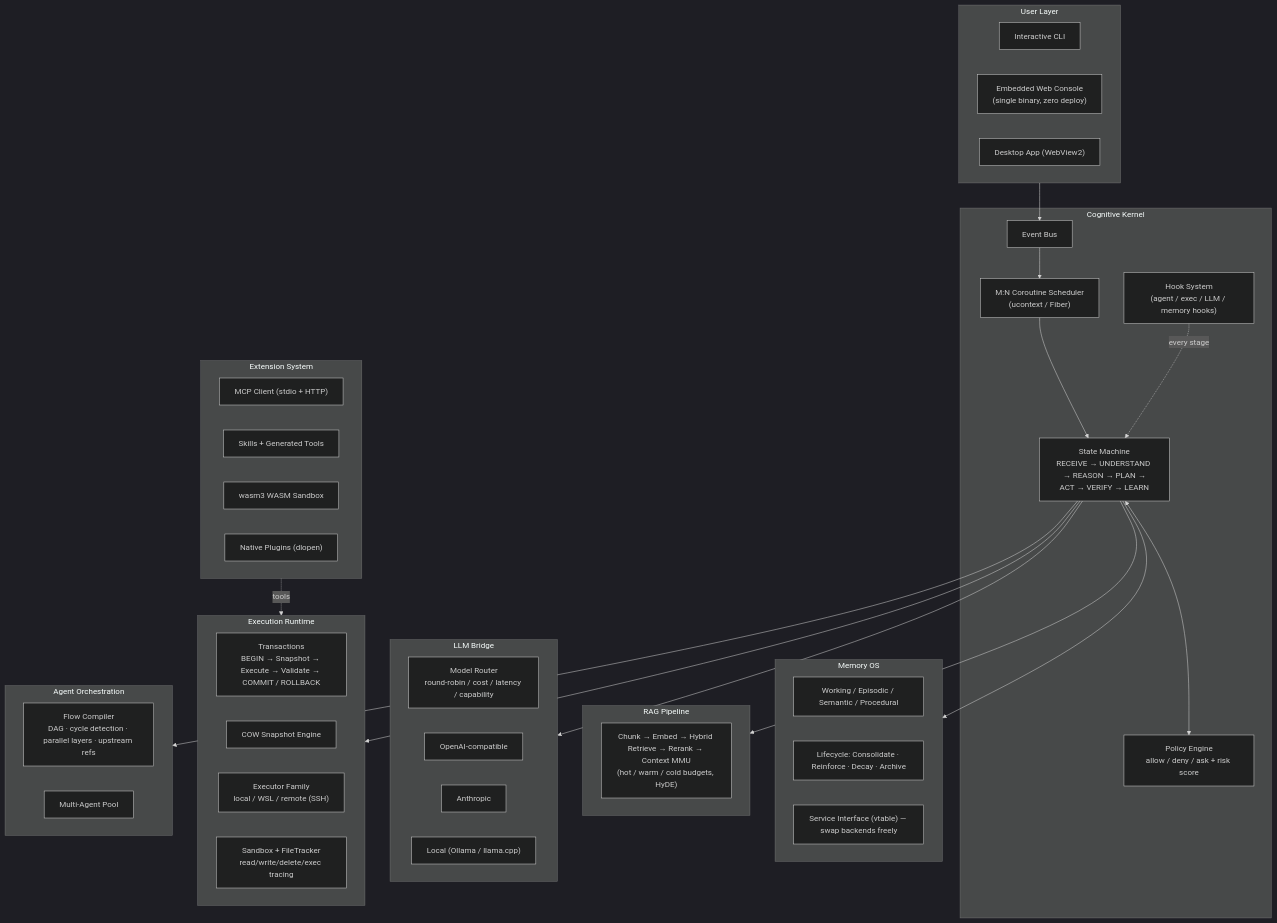
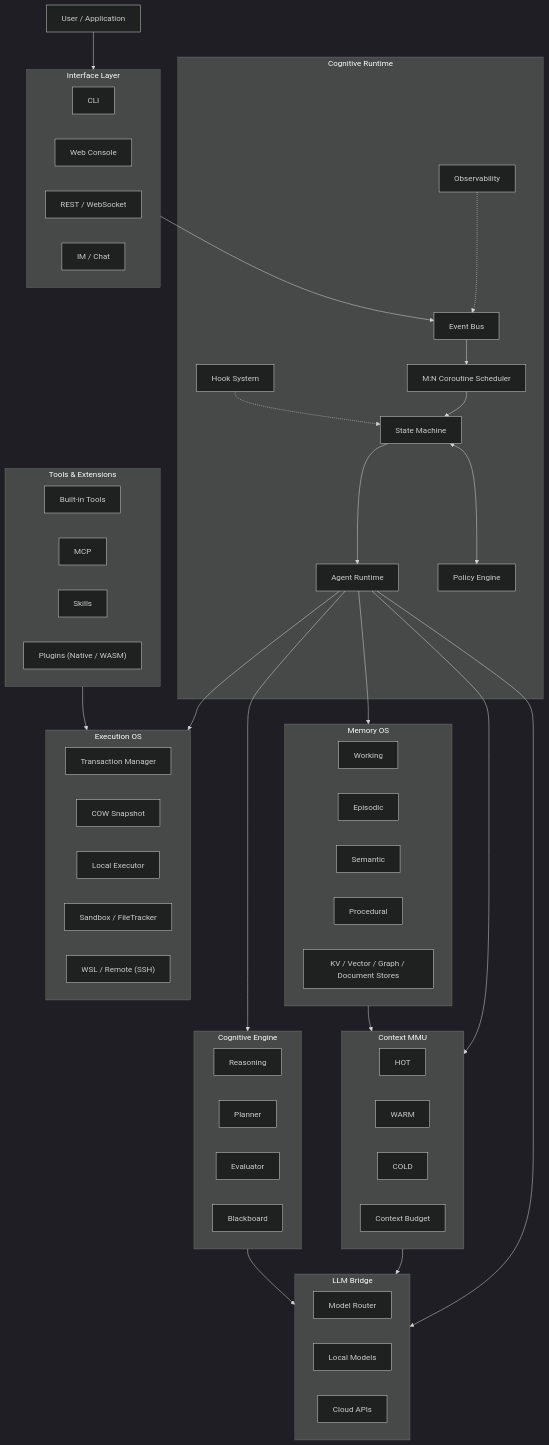
Before and after one commit to LeonQin-ai/cognitive-os-agent: the diagram in README.md, drawn with Mermaid (dark theme). The commit also changed other lines of this file and 4 other files, not shown here.

````diff
--- a/README.md
+++ b/README.md
@@ -57,62 +70,73 @@
 ```mermaid
 flowchart TB
-    subgraph UI["User Layer"]
-        CLI["Interactive CLI"]
-        WEB["Embedded Web Console<br/>(single binary, zero deploy)"]
-        DESK["Desktop App (WebView2)"]
+    USER["User / Application"]
+
+    subgraph UI["Interface Layer"]
+        CLI["CLI"]
+        WEB["Web Console"]
+        API["REST / WebSocket"]
+        IM["IM / Chat"]
     end
 
-    subgraph KERNEL["Cognitive Kernel"]
-        BUS["Event Bus"]
-        SCHED["M:N Coroutine Scheduler<br/>(ucontext / Fiber)"]
-        SM["State Machine<br/>RECEIVE → UNDERSTAND → REASON → PLAN →<br/>ACT → VERIFY → LEARN"]
-        POL["Policy Engine<br/>allow / deny / ask + risk score"]
-        HOOK["Hook System<br/>(agent / exec / LLM / memory hooks)"]
+    subgraph CORE["Cognitive Runtime"]
+        EVENT["Event Bus"]
+        SCHED["M:N Coroutine Scheduler"]
+        STATE["State Machine"]
+        AGENT["Agent Runtime"]
+        POLICY["Policy Engine"]
+        HOOK["Hook System"]
+        OBS["Observability"]
     end
 
-    subgraph MEM["Memory OS"]
-        M1["Working / Episodic / Semantic / Procedural"]
-        M2["Lifecycle: Consolidate · Reinforce · Decay · Archive"]
-        M3["Service Interface (vtable) — swap backends freely"]
+    subgraph COG["Cognitive Engine"]
+        REASON["Reasoning"]
+        PLAN["Planner"]
+        EVAL["Evaluator"]
+        BOARD["Blackboard"]
     end
 
-    subgraph RAG["RAG Pipeline"]
-        R["Chunk → Embed → Hybrid Retrieve → Rerank → Context MMU<br/>(hot / warm / cold budgets, HyDE)"]
+    subgraph MEMORY["Memory OS"]
+        WORK["Working"]
+        EPI["Episodic"]
+        SEM["Semantic"]
+        PROC["Procedural"]
+        STORE["KV / Vector / Graph / Document Stores"]
+    end
+
+    subgraph CONTEXT["Context MMU"]
+        HOT["HOT"]
+        WARM["WARM"]
+        COLD["COLD"]
+        BUDGET["Context Budget"]
+    end
+
+    subgraph EXEC["Execution OS"]
+        TX["Transaction Manager"]
+        SNAP["COW Snapshot"]
+        LOCAL["Local Executor"]
+        SANDBOX["Sandbox / FileTracker"]
+        REMOTE["WSL / Remote (SSH)"]
     end
 
     subgraph LLM["LLM Bridge"]
-        RT["Model Router<br/>round-robin / cost / latency / capability"]
-        A1["OpenAI-compatible"]
-        A2["Anthropic"]
-        A3["Local (Ollama / llama.cpp)"]
+        ROUTER["Model Router"]
+        LM["Local Models"]
+        CLOUD["Cloud APIs"]
     end
 
-    subgraph EXEC["Execution Runtime"]
-        TX["Transactions<br/>BEGIN → Snapshot → Execute → Validate → COMMIT / ROLLBACK"]
-        SNAP["COW Snapshot Engine"]
-        EX["Executor Family<br/>local / WSL / remote (SSH)"]
-        SBX["Sandbox + FileTracker<br/>read/write/delete/exec tracing"]
+    subgraph TOOLS["Tools & Extensions"]
+        BUILTIN["Built-in Tools"]
+        MCP["MCP"]
+        SKILLS["Skills"]
+        PLUGIN["Plugins (Native / WASM)"]
     end
 
-    subgraph ORCH["Agent Orchestration"]
-        FLOW["Flow Compiler<br/>DAG · cycle detection · parallel layers · upstream refs"]
-        POOL["Multi-Agent Pool"]
-    end
-
-    subgraph EXT["Extension System"]
-        MCP["MCP Client (stdio + HTTP)"]
-        SKILL["Skills + Generated Tools"]
-        WASM["wasm3 WASM Sandbox"]
-        PLG["Native Plugins (dlopen)"]
-    end
-
-    UI --> BUS
-    BUS --> SCHED --> SM
-    SM <--> POL
-    HOOK -.->|every stage| SM
-    SM --> MEM & RAG
-    SM --> LLM
-    SM --> EXEC
-    SM --> ORCH
-    EXT -.->|tools| EXEC
+    USER --> UI --> EVENT --> SCHED --> STATE --> AGENT
+    AGENT --> COG & MEMORY & CONTEXT & EXEC & LLM
+    STATE <--> POLICY
+    HOOK -.-> STATE
+    OBS -.-> EVENT
+    MEMORY --> CONTEXT --> LLM
+    COG --> LLM
+    TOOLS --> EXEC
 ```
````
